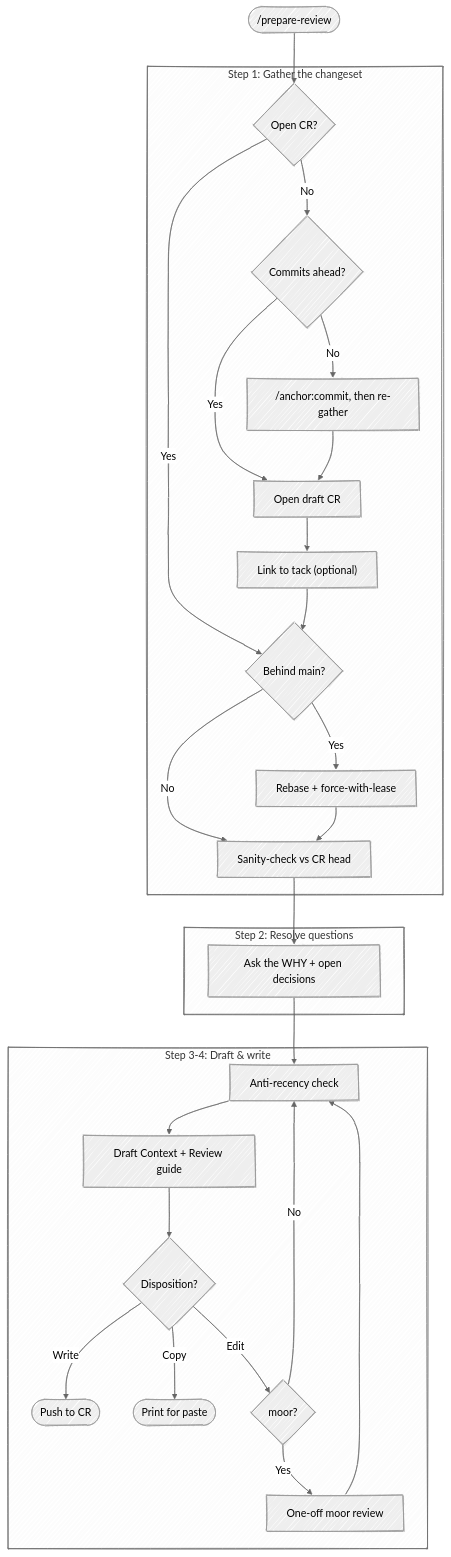
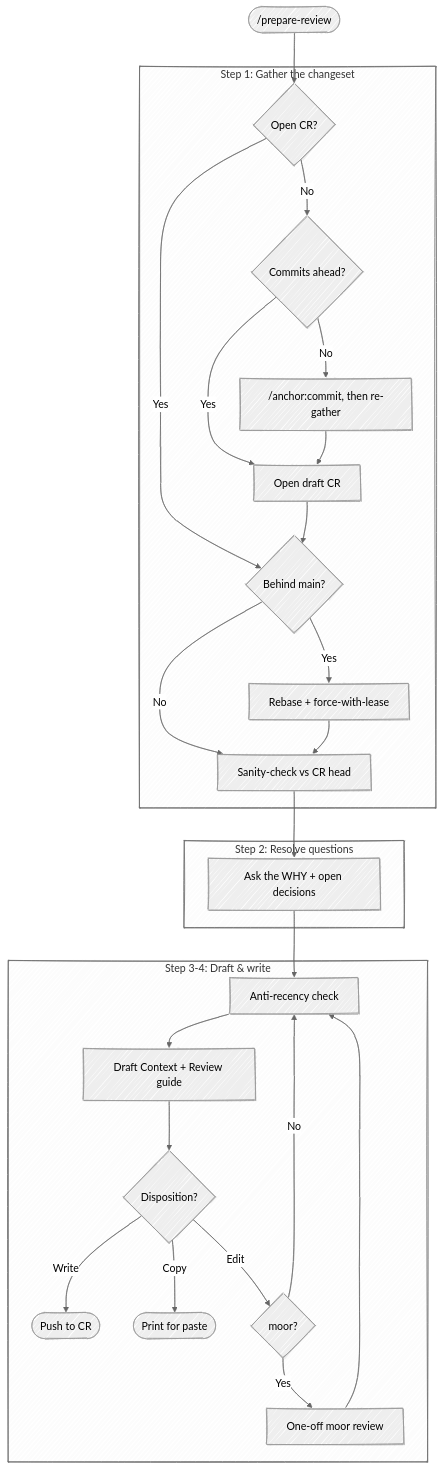
The diagram in skills/prepare-review/SKILL.md (chris-peterson/anchor), drawn with Mermaid (neutral theme) before and after one commit. The commit also changed other lines of this file and 3 other files, not shown here.

````diff
--- a/skills/prepare-review/SKILL.md
+++ b/skills/prepare-review/SKILL.md
@@ -17,34 +17,33 @@
 ```mermaid
 %%{ init: { 'look': 'handDrawn' } }%%
 flowchart TD
     Start(["/prepare-review"]) --> CR{Open CR?}
 
     subgraph "Step 1: Gather the changeset"
         CR -->|No| Ahead{Commits ahead?}
         CR -->|Yes| Behind
         Ahead -->|No| Commit["/anchor:commit, then re-gather"]
         Ahead -->|Yes| MakeCR["Open draft CR"]
         Commit --> MakeCR
-        MakeCR --> Tack["Link to tack (optional)"]
-        Tack --> Behind{Behind main?}
+        MakeCR --> Behind{Behind main?}
         Behind -->|Yes| DoRebase["Rebase + force-with-lease"]
         Behind -->|No| StateCheck
         DoRebase --> StateCheck["Sanity-check vs CR head"]
     end
 
     subgraph "Step 2: Resolve questions"
         StateCheck --> Why["Ask the WHY + open decisions"]
     end
 
     subgraph "Step 3-4: Draft & write"
         Why --> Recency["Anti-recency check"]
         Recency --> Draft["Draft Context + Review guide"]
         Draft --> Out{Disposition?}
         Out -->|Write| Forge(["Push to CR"])
         Out -->|Copy| CopyOnly(["Print for paste"])
         Out -->|Edit| EditCh{moor?}
         EditCh -->|Yes| Moor["One-off moor review"]
         EditCh -->|No| Recency
         Moor --> Recency
     end
 ```
````
